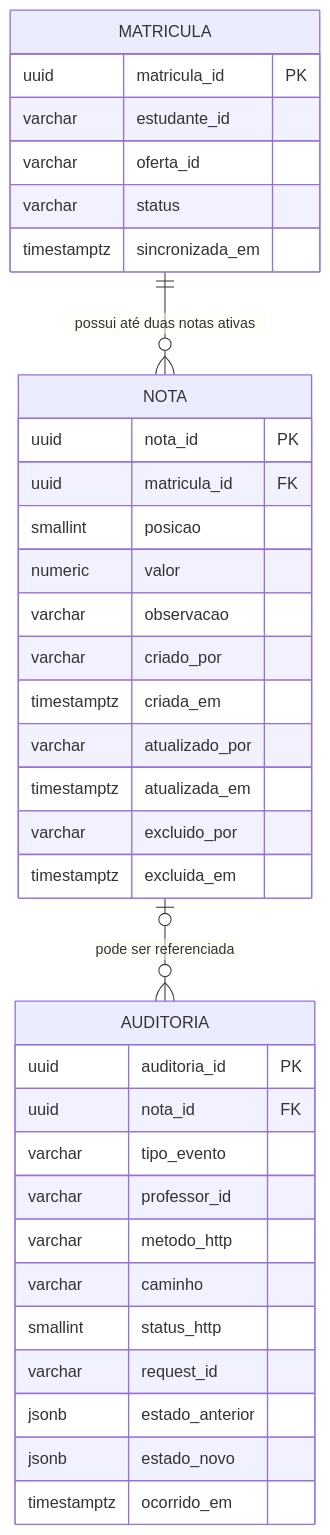
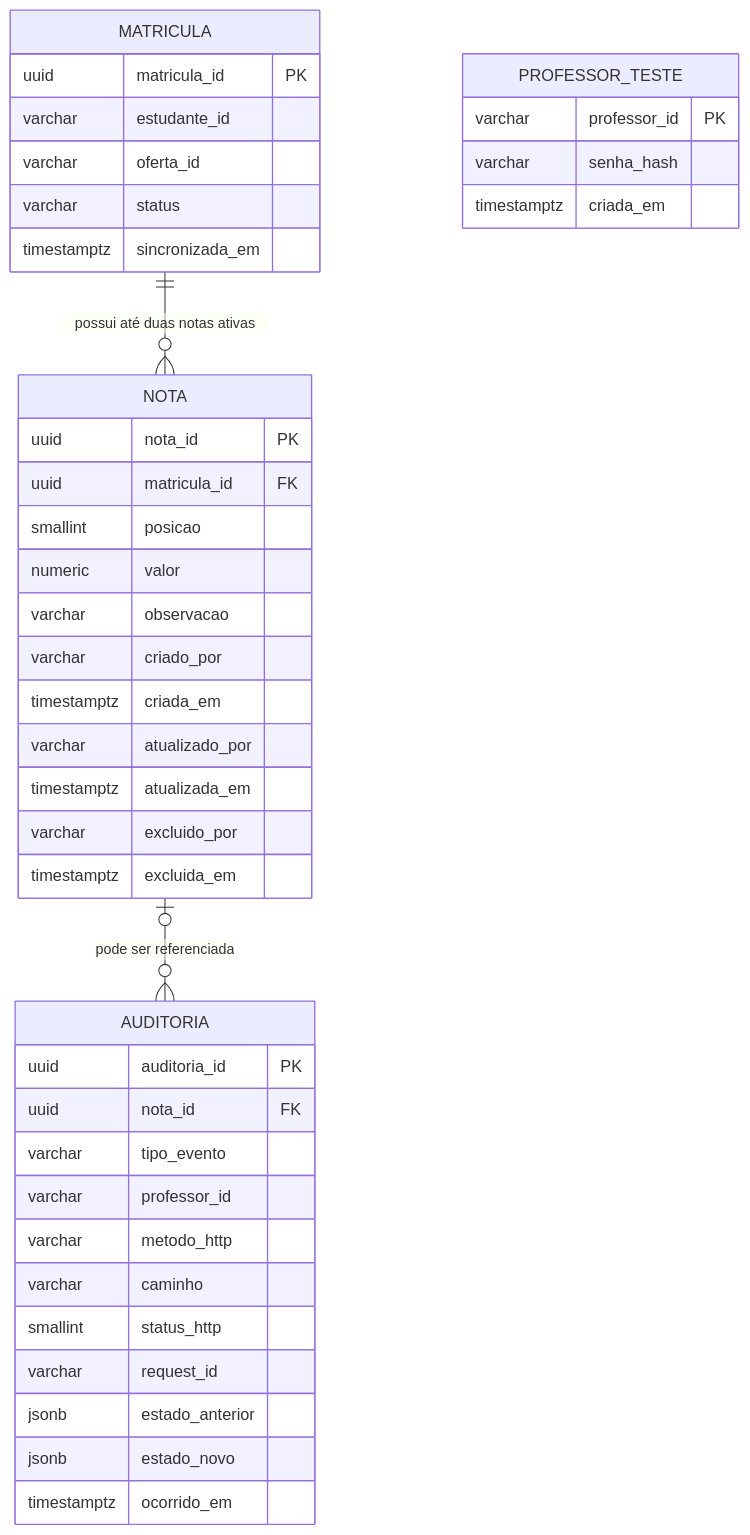
One commit to fabricianeres/Projeto-pos-gradua-o---modulo-01 changed the diagram in proposta-modelagem-banco-dados.md. Above: the diagram before and after it, drawn with Mermaid. The commit also changed other lines of this file and 24 other files, not shown here.

````diff
--- a/proposta-modelagem-banco-dados.md
+++ b/proposta-modelagem-banco-dados.md
@@ -21,41 +22,47 @@
 ```mermaid
 erDiagram
     MATRICULA ||--o{ NOTA : "possui até duas notas ativas"
     NOTA o|--o{ AUDITORIA : "pode ser referenciada"
 
     MATRICULA {
         uuid matricula_id PK
         varchar estudante_id
         varchar oferta_id
         varchar status
         timestamptz sincronizada_em
     }
 
     NOTA {
         uuid nota_id PK
         uuid matricula_id FK
         smallint posicao
         numeric valor
         varchar observacao
         varchar criado_por
         timestamptz criada_em
         varchar atualizado_por
         timestamptz atualizada_em
         varchar excluido_por
         timestamptz excluida_em
     }
 
     AUDITORIA {
         uuid auditoria_id PK
         uuid nota_id FK
         varchar tipo_evento
         varchar professor_id
         varchar metodo_http
         varchar caminho
         smallint status_http
         varchar request_id
         jsonb estado_anterior
         jsonb estado_novo
         timestamptz ocorrido_em
     }
+
+    PROFESSOR_TESTE {
+        varchar professor_id PK
+        varchar senha_hash
+        timestamptz criada_em
+    }
 ```
````
